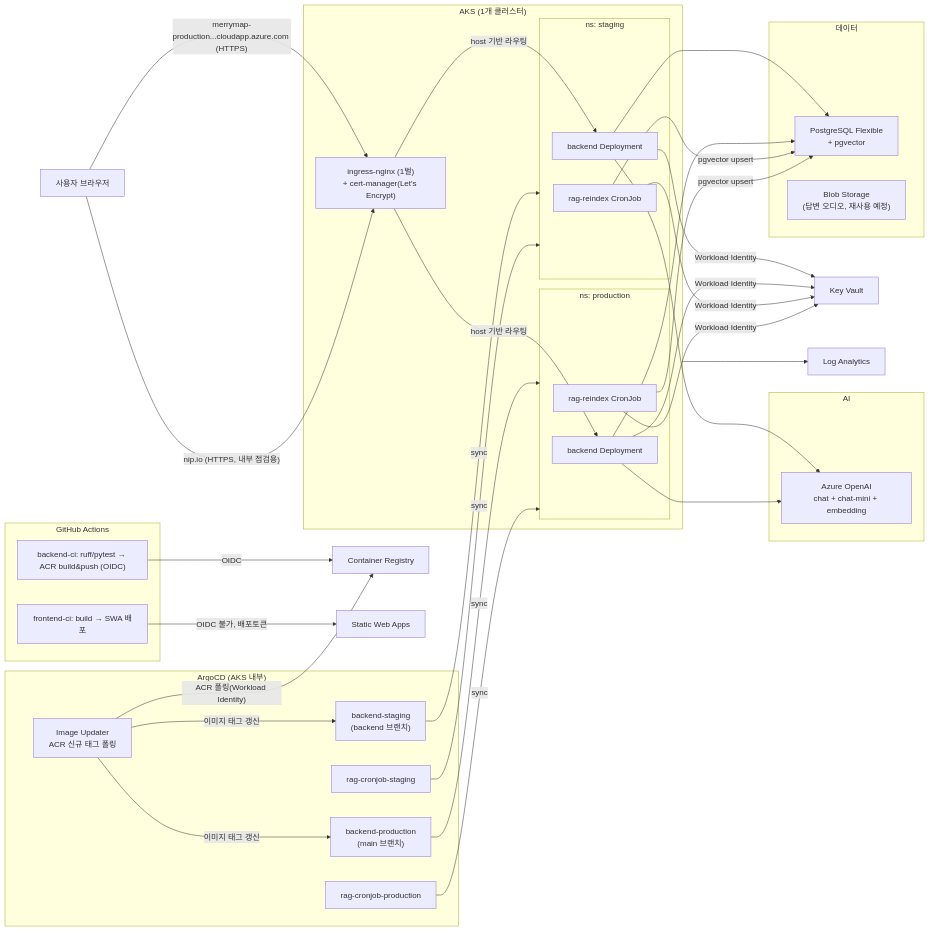
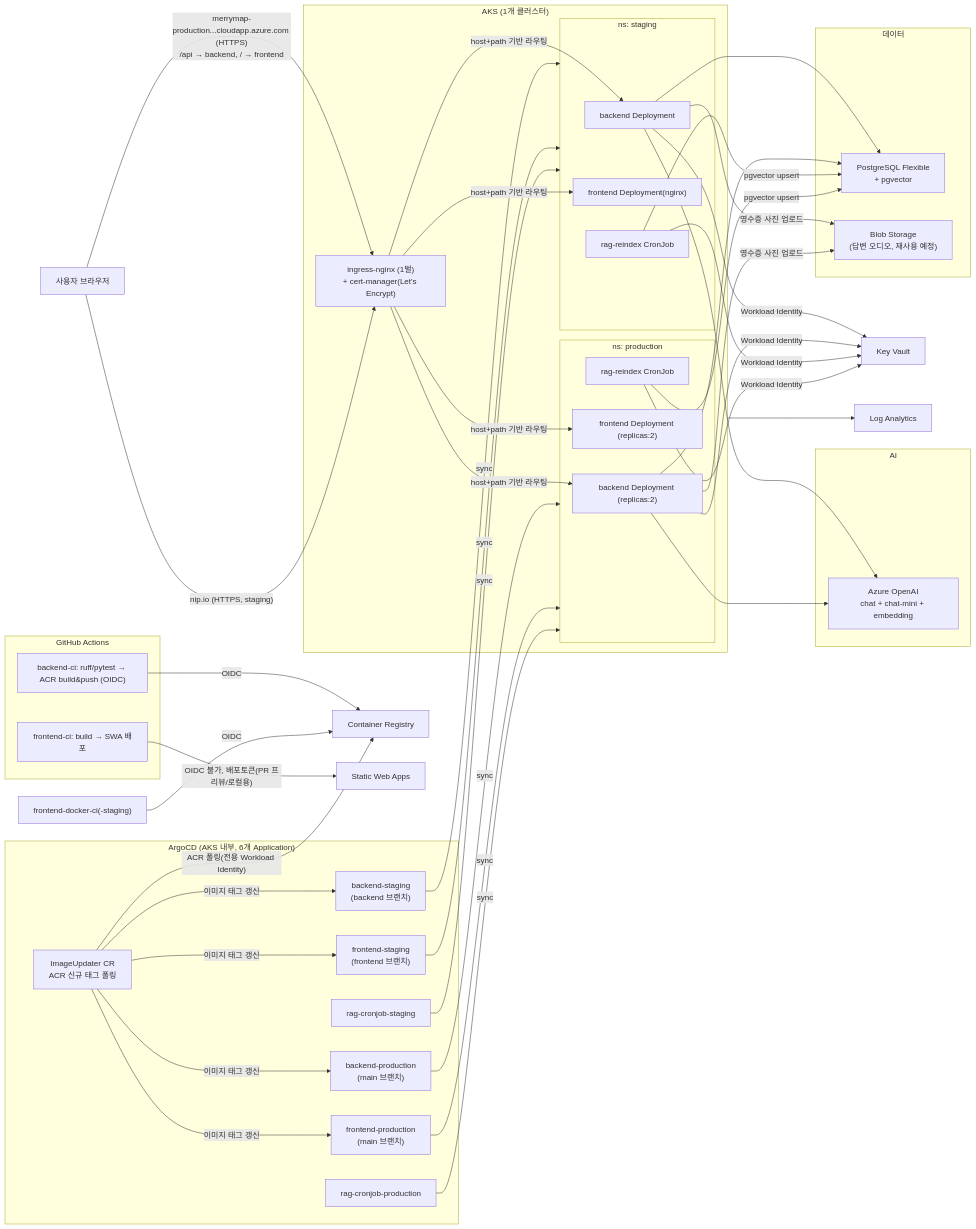
One commit to wownae-ct/MS-AI-Project-3rd-Team-4 changed the diagram in infra/README.md. Above: the diagram before and after it, drawn with Mermaid. The commit also changed other lines of this file, not shown here.

First line of the commit message:
Revise README with updated deployment details

````diff
--- a/infra/README.md
+++ b/infra/README.md
@@ -13,54 +17,62 @@
 ```mermaid
 flowchart LR
     subgraph CI["GitHub Actions"]
         BCI["backend-ci: ruff/pytest → ACR build&push (OIDC)"]
         FCI["frontend-ci: build → SWA 배포"]
     end
-    subgraph GitOps["ArgoCD (AKS 내부)"]
+    subgraph GitOps["ArgoCD (AKS 내부, 6개 Application)"]
         ARGO_BS["backend-staging<br/>(backend 브랜치)"]
         ARGO_BP["backend-production<br/>(main 브랜치)"]
+        ARGO_FS["frontend-staging<br/>(frontend 브랜치)"]
+        ARGO_FP["frontend-production<br/>(main 브랜치)"]
         ARGO_RS["rag-cronjob-staging"]
         ARGO_RP["rag-cronjob-production"]
-        IU["Image Updater<br/>ACR 신규 태그 폴링"]
+        IU["ImageUpdater CR<br/>ACR 신규 태그 폴링"]
     end
     subgraph AKS["AKS (1개 클러스터)"]
         ING["ingress-nginx (1벌)<br/>+ cert-manager(Let's Encrypt)"]
         subgraph NS_S["ns: staging"]
             GW_S["backend Deployment"]
+            FE_S["frontend Deployment(nginx)"]
             CJ_S["rag-reindex CronJob"]
         end
         subgraph NS_P["ns: production"]
-            GW_P["backend Deployment"]
+            GW_P["backend Deployment (replicas:2)"]
+            FE_P["frontend Deployment (replicas:2)"]
             CJ_P["rag-reindex CronJob"]
         end
     end
     USERS["사용자 브라우저"]
     subgraph AI["AI"]
         AOAI["Azure OpenAI<br/>chat + chat-mini + embedding"]
     end
     subgraph Data["데이터"]
         PG["PostgreSQL Flexible<br/>+ pgvector"]
         BLOB["Blob Storage<br/>(답변 오디오, 재사용 예정)"]
     end
     KV["Key Vault"]
     ACR["Container Registry"]
     SWA["Static Web Apps"]
     LAW["Log Analytics"]
 
-    USERS -- "merrymap-production...cloudapp.azure.com (HTTPS)" --> ING
-    USERS -- "nip.io (HTTPS, 내부 점검용)" --> ING
-    ING -- host 기반 라우팅 --> GW_S & GW_P
+    USERS -- "merrymap-production...cloudapp.azure.com (HTTPS)<br/>/api → backend, / → frontend" --> ING
+    USERS -- "nip.io (HTTPS, staging)" --> ING
+    ING -- host+path 기반 라우팅 --> GW_S & GW_P & FE_S & FE_P
     BCI -- OIDC --> ACR
-    IU -- ACR 폴링(Workload Identity) --> ACR
-    IU -- 이미지 태그 갱신 --> ARGO_BS & ARGO_BP
+    FCI2["frontend-docker-ci(-staging)"] -- OIDC --> ACR
+    IU -- ACR 폴링(전용 Workload Identity) --> ACR
+    IU -- 이미지 태그 갱신 --> ARGO_BS & ARGO_BP & ARGO_FS & ARGO_FP
     ARGO_BS -- sync --> NS_S
+    ARGO_FS -- sync --> NS_S
     ARGO_RS -- sync --> NS_S
     ARGO_BP -- sync --> NS_P
+    ARGO_FP -- sync --> NS_P
     ARGO_RP -- sync --> NS_P
-    FCI -- OIDC 불가, 배포토큰 --> SWA
+    FCI -- OIDC 불가, 배포토큰(PR 프리뷰/로컬용) --> SWA
     GW_S & GW_P & CJ_S & CJ_P -- Workload Identity --> KV
     GW_S & GW_P --> AOAI
     GW_S & GW_P --> PG
+    GW_S & GW_P -- 영수증 사진 업로드 --> BLOB
     CJ_S & CJ_P -- pgvector upsert --> PG
     AKS --> LAW
 ```
````
